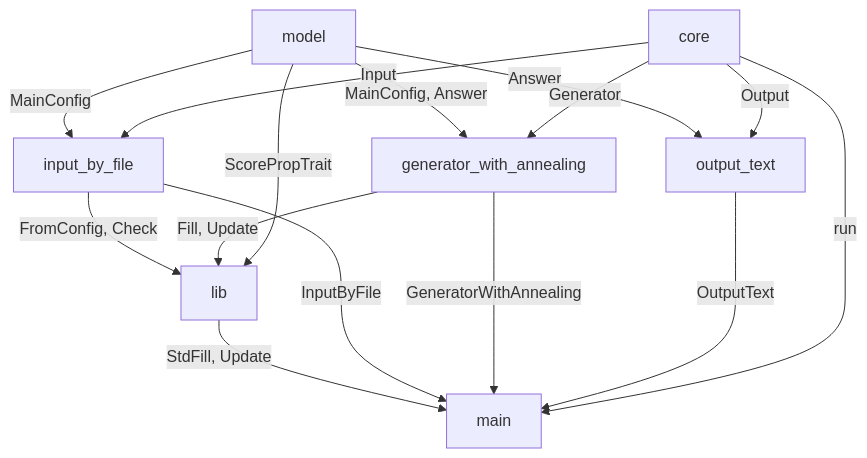
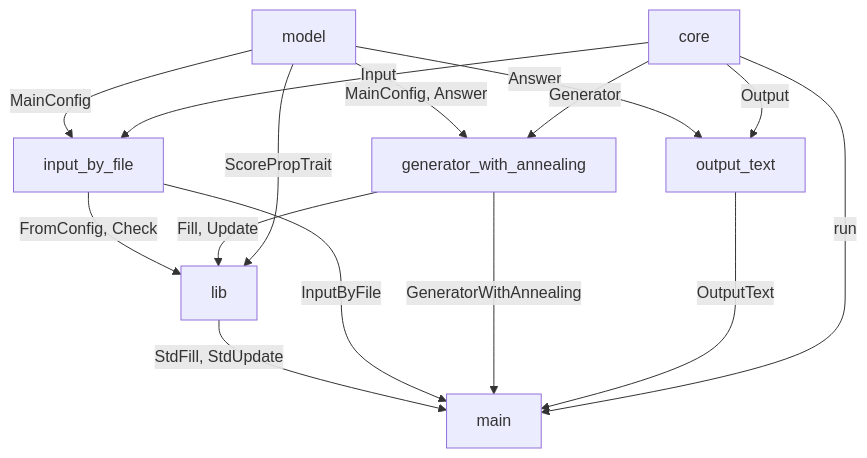
The second of 2 diagrams in README.md (unsharot/kinmu_rs), drawn with Mermaid before and after one commit. The commit also changed 2 other files, not shown here.

Commit message:
Rename Update to StdUpdate

````diff
--- a/README.md
+++ b/README.md
@@ -208,17 +208,17 @@
 ```mermaid
 graph TD;
-   lib -- StdFill, Update --> main;
+   lib -- StdFill, StdUpdate --> main;
    input_by_file -- InputByFile --> main;
    generator_with_annealing -- GeneratorWithAnnealing --> main;
    output_text -- OutputText --> main;
    core -- run --> main;
    input_by_file -- FromConfig, Check --> lib;
    generator_with_annealing -- Fill, Update --> lib;
    model -- ScorePropTrait --> lib;
    model -- MainConfig --> input_by_file;
    model -- MainConfig, Answer --> generator_with_annealing;
    model -- Answer --> output_text;
    core -- Input --> input_by_file;
    core -- Generator --> generator_with_annealing;
    core -- Output --> output_text;
 ```
````
